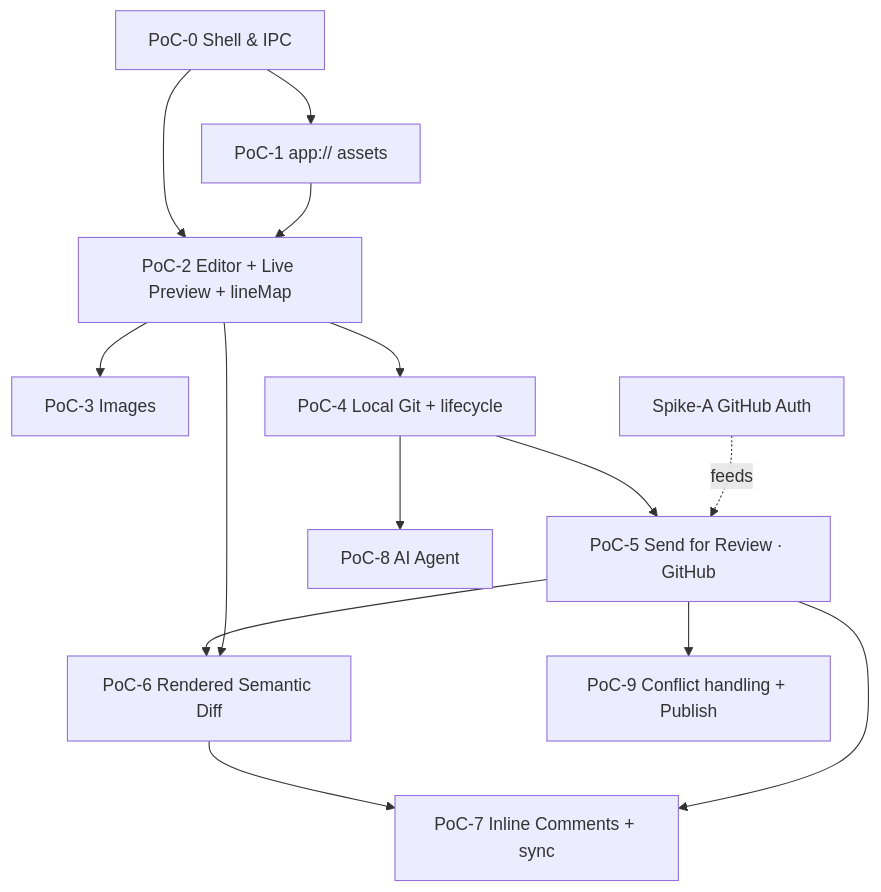
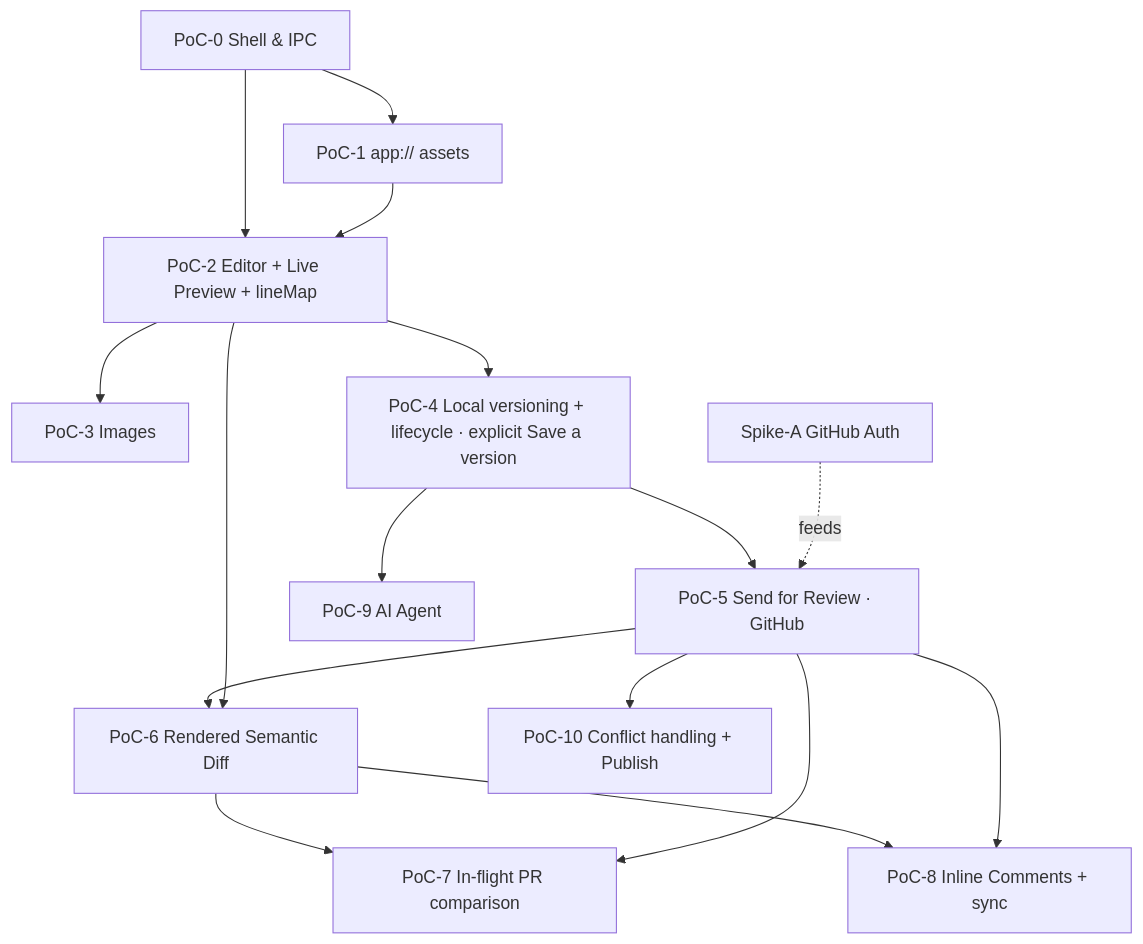
The diagram in docs/ROADMAP.md (ZelAnton/SpecDesk), drawn with Mermaid before and after one commit. The commit also changed other lines of this file and 9 other files, not shown here.

Commit message:
Redesign roadmap: explicit Save-version/push/PR + in-flight PR comparison

````diff
--- a/docs/ROADMAP.md
+++ b/docs/ROADMAP.md
@@ -26,16 +27,18 @@
 ```mermaid
 flowchart TD
     P0[PoC-0 Shell & IPC] --> P1[PoC-1 app:// assets]
     P0 --> P2[PoC-2 Editor + Live Preview + lineMap]
     P1 --> P2
     P2 --> P3[PoC-3 Images]
-    P2 --> P4[PoC-4 Local Git + lifecycle]
+    P2 --> P4[PoC-4 Local versioning + lifecycle · explicit Save a version]
     P4 --> P5[PoC-5 Send for Review · GitHub]
     SPIKE[Spike-A GitHub Auth] -.feeds.-> P5
     P5 --> P6[PoC-6 Rendered Semantic Diff]
     P2 --> P6
-    P6 --> P7[PoC-7 Inline Comments + sync]
+    P6 --> P7[PoC-7 In-flight PR comparison]
     P5 --> P7
-    P4 --> P8[PoC-8 AI Agent]
-    P5 --> P9[PoC-9 Conflict handling + Publish]
+    P6 --> P8[PoC-8 Inline Comments + sync]
+    P5 --> P8
+    P4 --> P9[PoC-9 AI Agent]
+    P5 --> P10[PoC-10 Conflict handling + Publish]
 ```
````
